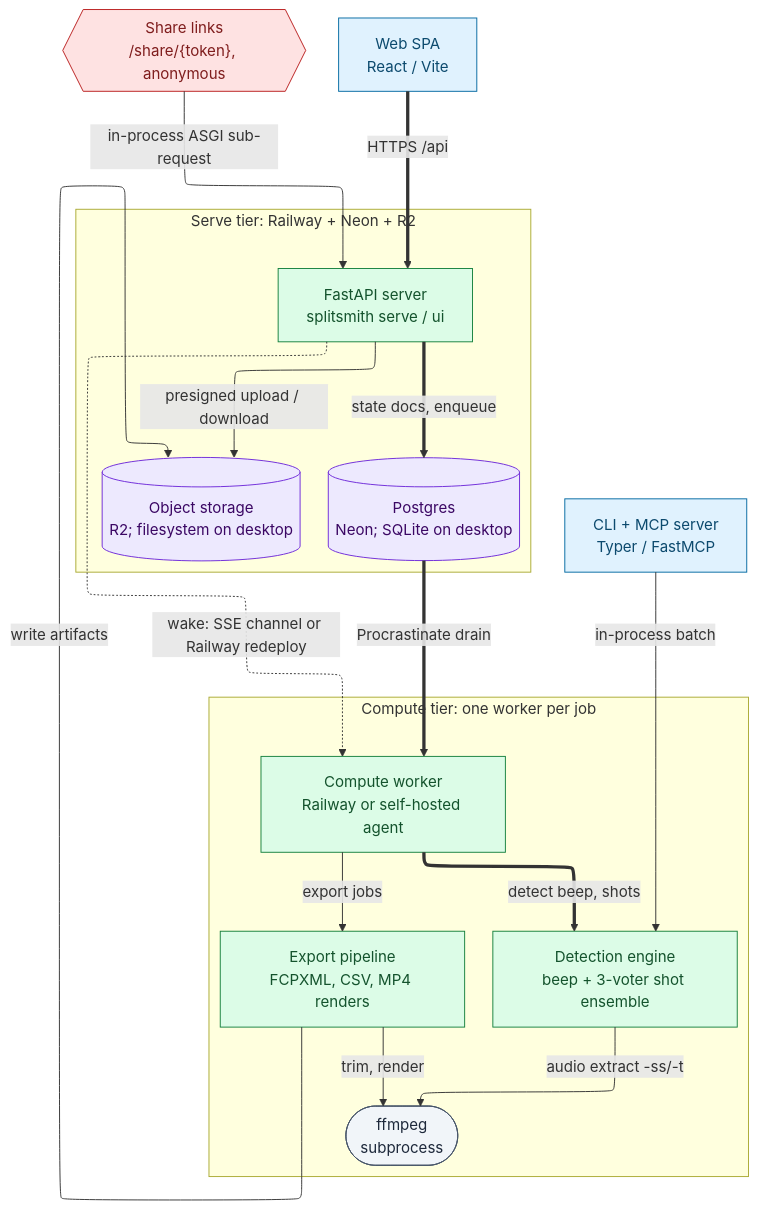
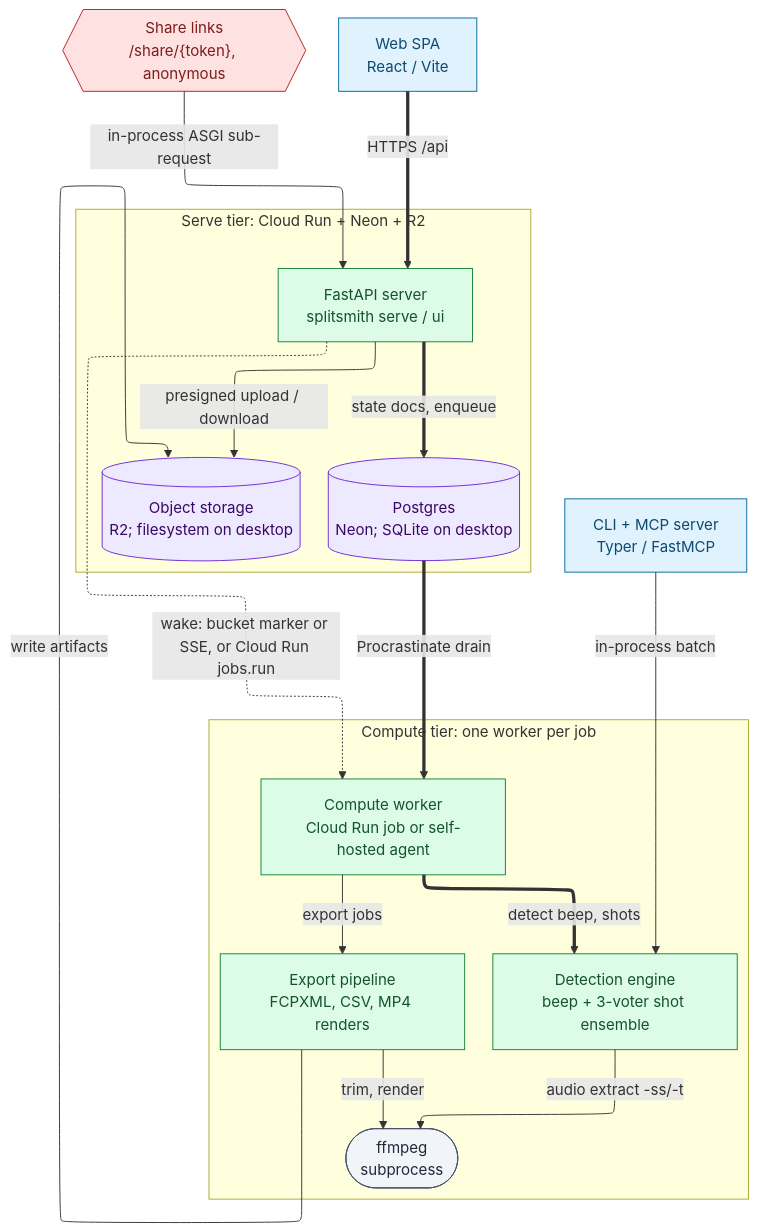
The first of 4 diagrams in docs/architecture/DIAGRAMS.md (mandakan/splitsmith), drawn with Mermaid before and after one commit. The commit also changed other lines of this file and 56 other files, not shown here.

First line of the commit message:
chore(hosted): remove what was left of Railway, keep uploads under Cloud Run's 32 MiB

````diff
--- a/docs/architecture/DIAGRAMS.md
+++ b/docs/architecture/DIAGRAMS.md
@@ -11,42 +11,42 @@
 ```mermaid
 %%{init: {"flowchart": {"defaultRenderer": "elk"}}}%%
 flowchart TB
-    subgraph b0 ["Serve tier: Railway + Neon + R2"]
+    subgraph b0 ["Serve tier: Cloud Run + Neon + R2"]
         api["FastAPI server<br>splitsmith serve / ui"]
         db[("Postgres<br>Neon; SQLite on desktop")]
         storage[("Object storage<br>R2; filesystem on desktop")]
     end
     subgraph b1 ["Compute tier: one worker per job"]
-        worker["Compute worker<br>Railway or self-hosted agent"]
+        worker["Compute worker<br>Cloud Run job or self-hosted agent"]
         engine["Detection engine<br>beep + 3-voter shot ensemble"]
         exports["Export pipeline<br>FCPXML, CSV, MP4 renders"]
         ffmpeg(["ffmpeg<br>subprocess"])
     end
     cli["CLI + MCP server<br>Typer / FastMCP"]
     share{{"Share links<br>/share/{token}, anonymous"}}
     spa["Web SPA<br>React / Vite"]
     spa ==>|"HTTPS /api"| api
     api ==>|"state docs, enqueue"| db
     db ==>|"Procrastinate drain"| worker
-    api -.->|"wake: SSE channel or Railway redeploy"| worker
+    api -.->|"wake: bucket marker or SSE, or Cloud Run jobs.run"| worker
     worker ==>|"detect beep, shots"| engine
     worker -->|"export jobs"| exports
     engine -->|"audio extract -ss/-t"| ffmpeg
     exports -->|"trim, render"| ffmpeg
     exports -->|"write artifacts"| storage
     api -->|"presigned upload / download"| storage
     share -->|"in-process ASGI sub-request"| api
     cli -->|"in-process batch"| engine
     classDef frontend fill:#e0f2fe,stroke:#0369a1,color:#0c4a6e
     classDef backend fill:#dcfce7,stroke:#15803d,color:#14532d
     classDef database fill:#ede9fe,stroke:#6d28d9,color:#3b0764
     classDef security fill:#fee2e2,stroke:#b91c1c,color:#7f1d1d
     classDef messagebus fill:#ffedd5,stroke:#c2410c,color:#7c2d12
     classDef cloud fill:#f1f5f9,stroke:#475569,color:#1e293b
     classDef external fill:#f1f5f9,stroke:#475569,color:#1e293b
     class cli,spa frontend
     class share security
     class api,worker,engine,exports backend
     class db,storage database
     class ffmpeg external
 ```
````
